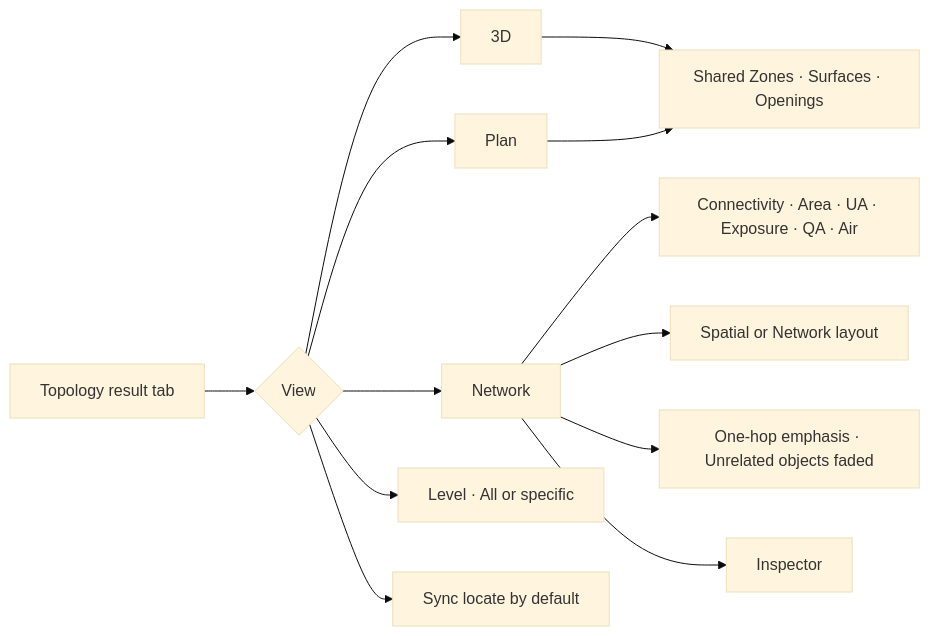
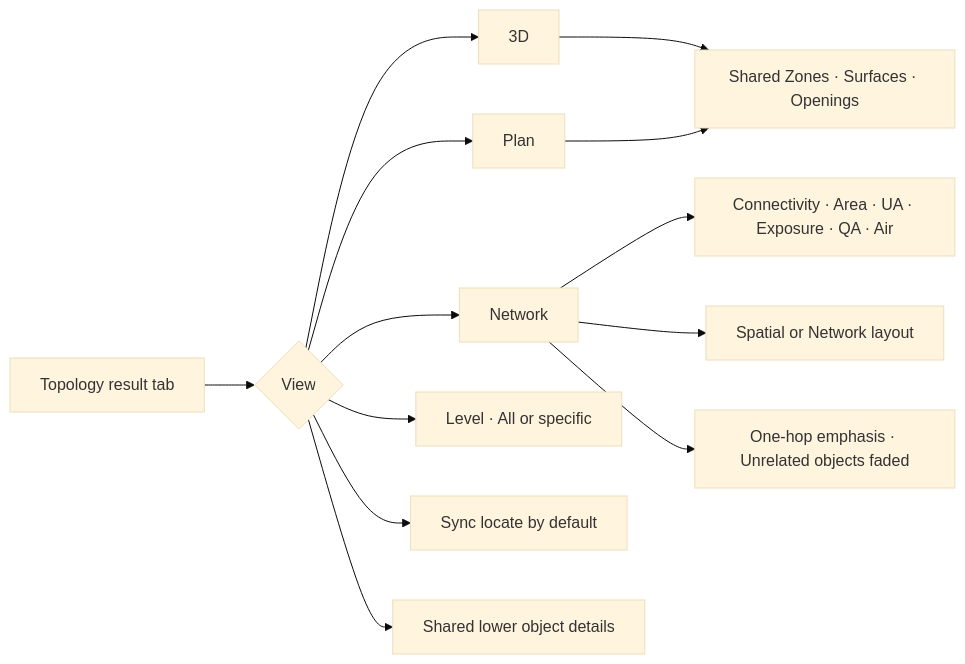
Before and after one commit to Gonie-Gonie/semantic-idf: the diagram in docs/topology-view.md, drawn with Mermaid (base theme). The commit also changed other lines of this file and 19 other files, not shown here.

Commit message:
feat: unify topology object details

````diff
--- a/docs/topology-view.md
+++ b/docs/topology-view.md
@@ -11,15 +11,15 @@
 ```mermaid
 flowchart LR
   T[Topology result tab] --> V{View}
   V --> D[3D]
   V --> P[Plan]
   V --> N[Network]
   V --> L[Level · All or specific]
   V --> C[Sync locate by default]
   D --> S[Shared Zones · Surfaces · Openings]
   P --> S
   N --> M[Connectivity · Area · UA · Exposure · QA · Air]
   N --> A[Spatial or Network layout]
   N --> F[One-hop emphasis · Unrelated objects faded]
-  N --> I[Inspector]
+  V --> I[Shared lower object details]
 ```
````
